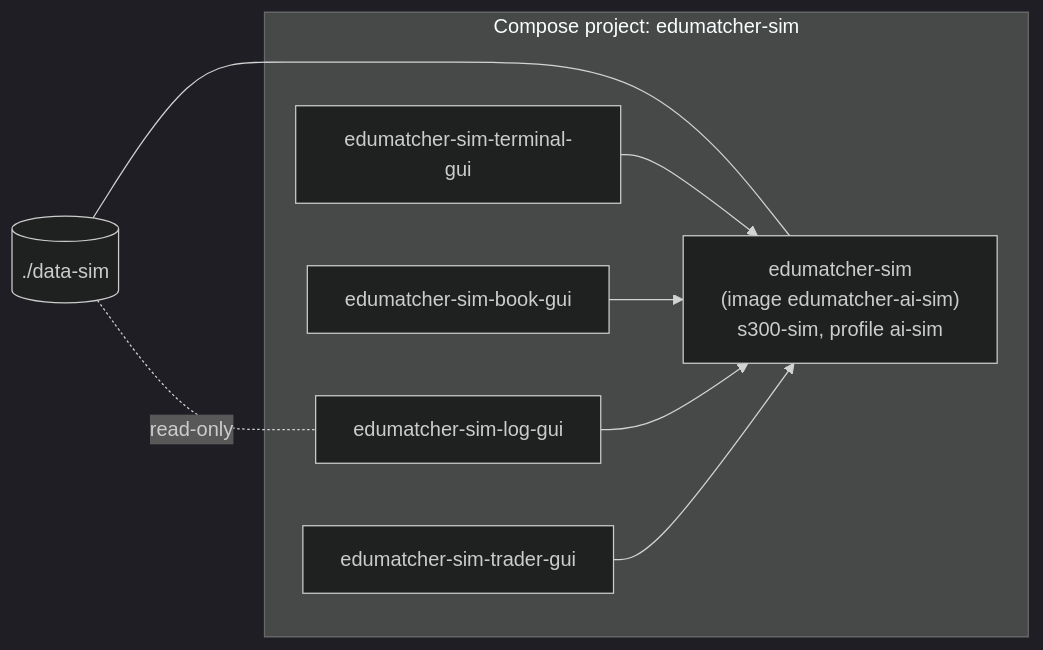
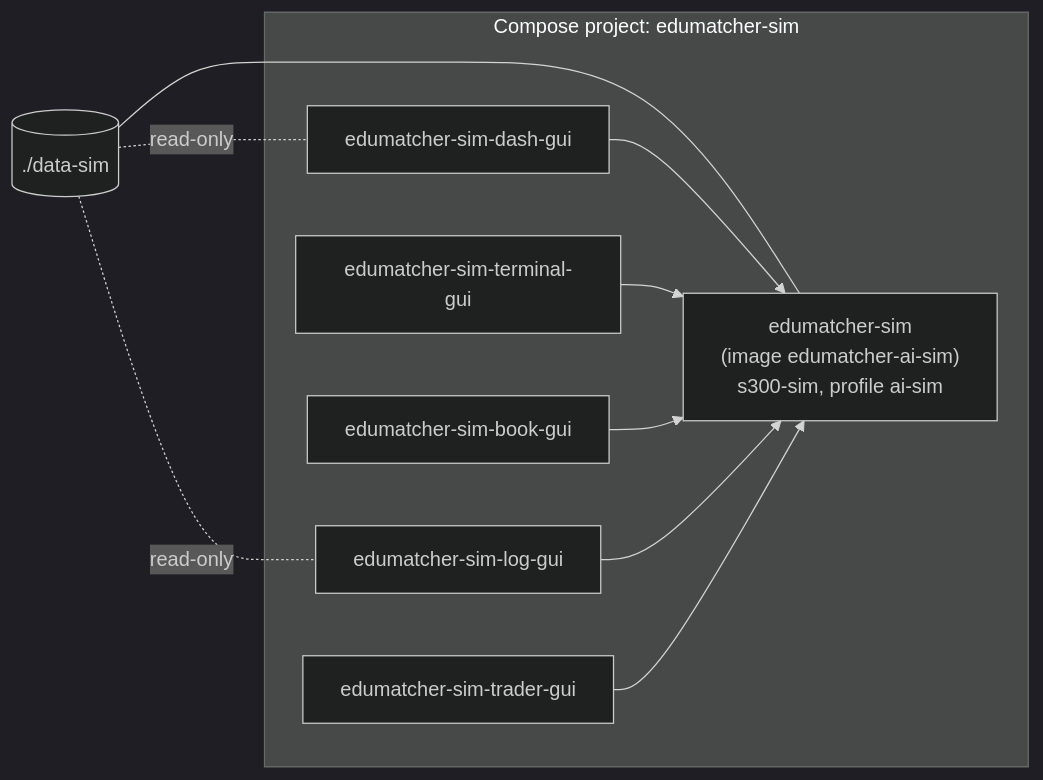
Before and after one commit to johan162/EduMatcher: diagram 11 of 16 in docs/books/operator-guide/part-1-install-and-deploy/030-container-deployment-walkthrough.md, drawn with Mermaid (dark theme). The commit also changed other lines of this file and 428 other files, not shown here.

Commit message:
Added exchange health monitor pm-monitor. New operator exchange status GUI Dashboard pm-dash. Also improved all Web-application documentations with screenshots.

````diff
--- a/docs/books/operator-guide/part-1-install-and-deploy/030-container-deployment-walkthrough.md
+++ b/docs/books/operator-guide/part-1-install-and-deploy/030-container-deployment-walkthrough.md
@@ -605,16 +613,19 @@
 ```mermaid
 flowchart LR
     subgraph sim["Compose project: edumatcher-sim"]
         E["edumatcher-sim\n(image edumatcher-ai-sim)\ns300-sim, profile ai-sim"]
         T["edumatcher-sim-terminal-gui"]
         B["edumatcher-sim-book-gui"]
+        DG["edumatcher-sim-dash-gui"]
         L["edumatcher-sim-log-gui"]
         TR["edumatcher-sim-trader-gui"]
     end
     D[("./data-sim")] --- E
     D -. "read-only" .- L
+    D -. "read-only" .- DG
+    DG --> E
     T --> E
     B --> E
     L --> E
     TR --> E
 ```
````
